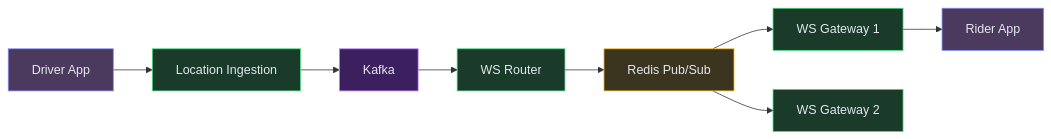
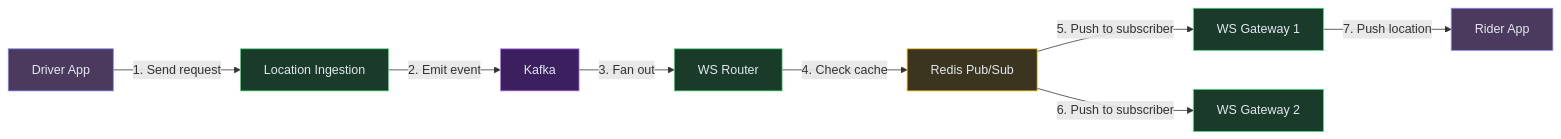
One commit to iluzn/HLD-Designs changed the tenth of 11 diagrams in content/hld/Uber.md. Above: the diagram before and after it, drawn with Mermaid. The commit also changed other lines of this file and 27 other files, not shown here.

````diff
--- a/content/hld/Uber.md
+++ b/content/hld/Uber.md
@@ -563,24 +563,24 @@
 ```mermaid
 flowchart LR
     Driver["Driver App"]:::client
     LI["Location Ingestion"]:::service
     KF["Kafka"]:::async
     ROUTER["WS Router"]:::service
     RPS["Redis Pub/Sub"]:::data
     WSG1["WS Gateway 1"]:::service
     WSG2["WS Gateway 2"]:::service
     Rider["Rider App"]:::client
 
-    Driver --> LI
-    LI --> KF
-    KF --> ROUTER
-    ROUTER --> RPS
-    RPS --> WSG1
-    RPS --> WSG2
-    WSG1 --> Rider
+    Driver -->|"1. Send request"| LI
+    LI -->|"2. Emit event"| KF
+    KF -->|"3. Fan out"| ROUTER
+    ROUTER -->|"4. Check cache"| RPS
+    RPS -->|"5. Push to subscriber"| WSG1
+    RPS -->|"6. Push to subscriber"| WSG2
+    WSG1 -->|"7. Push location"| Rider
 
     classDef client fill:#4c3a5e,stroke:#818cf8,color:#e2e8f0
     classDef service fill:#1a3a2a,stroke:#4ade80,color:#e2e8f0
     classDef data fill:#3b3520,stroke:#fbbf24,color:#e2e8f0
     classDef async fill:#3b1f5e,stroke:#c084fc,color:#e2e8f0
 ```
````
